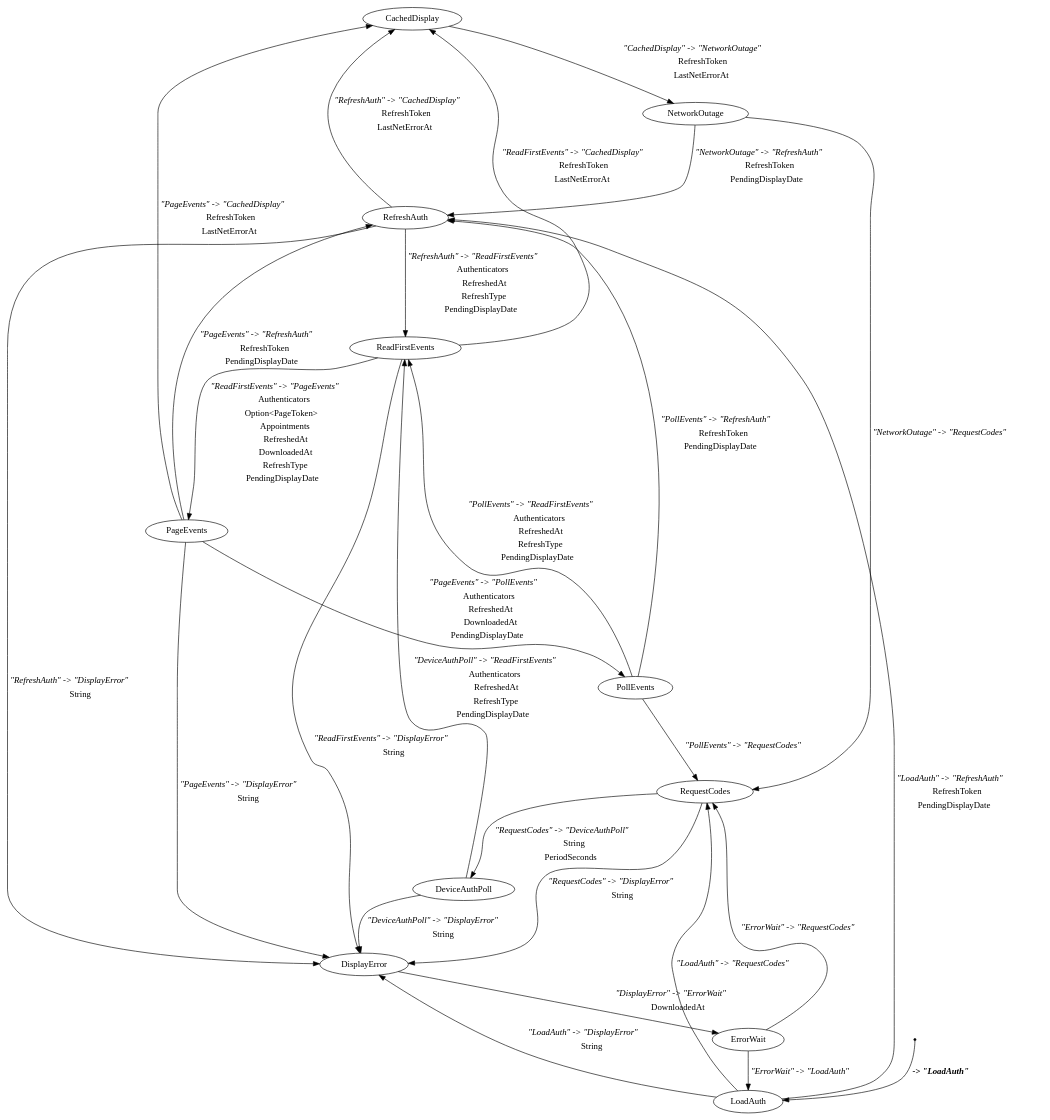
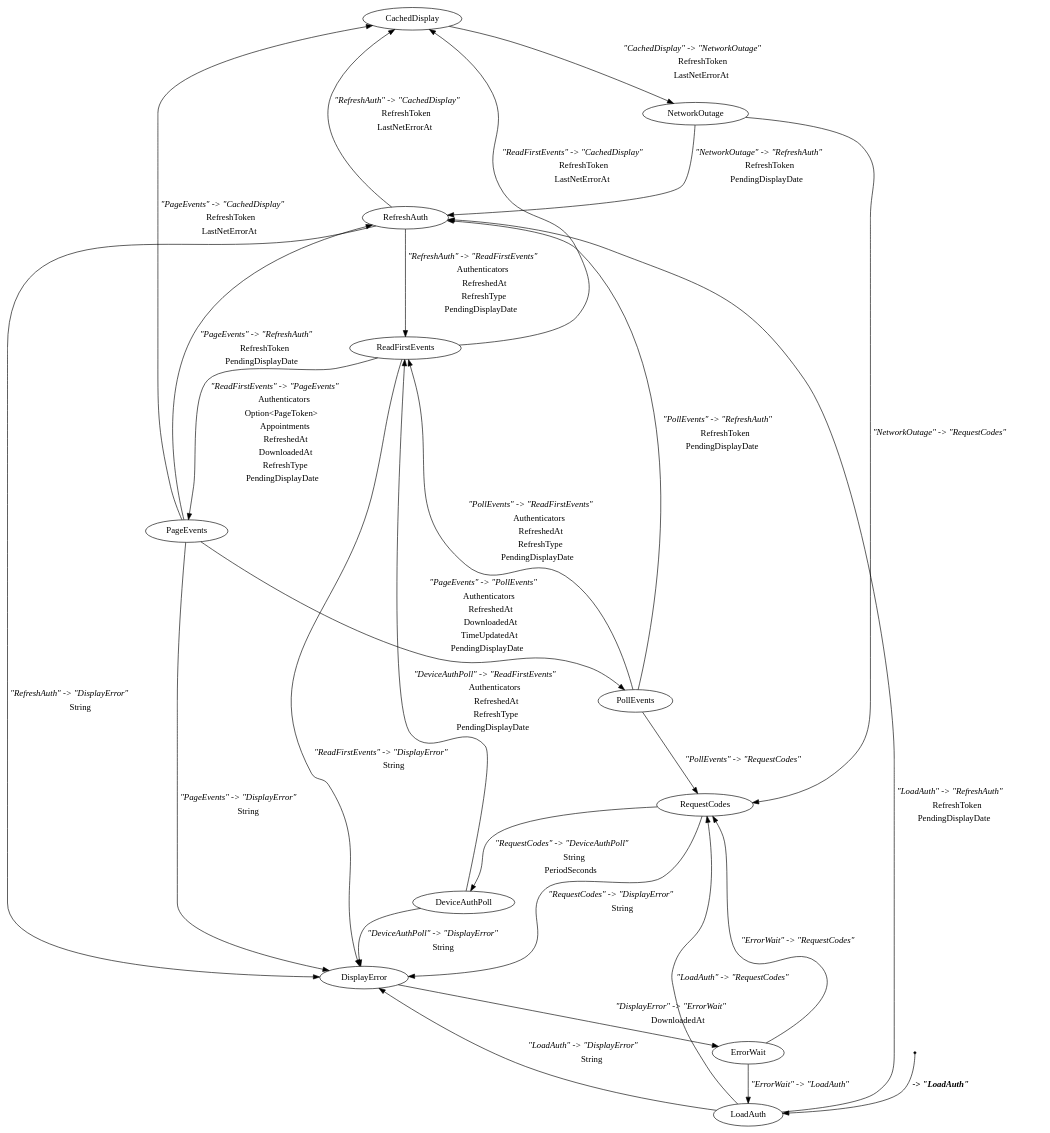
One commit to kieranjwhite/calendar_mirror changed the diagram in docs/cal_machine.dot. Above: the diagram before and after it, drawn with Graphviz. The commit also changed 3 other files, not shown here.

```diff
--- a/docs/cal_machine.dot
+++ b/docs/cal_machine.dot
@@ -1,41 +1,41 @@
 digraph cal_stm {
     CachedDisplay[label="CachedDisplay"][shape="ellipse"];
     DeviceAuthPoll[label="DeviceAuthPoll"][shape="ellipse"];
     DisplayError[label="DisplayError"][shape="ellipse"];
     ErrorWait[label="ErrorWait"][shape="ellipse"];
     LoadAuth[label="LoadAuth"][shape="ellipse"];
     NetworkOutage[label="NetworkOutage"][shape="ellipse"];
     PageEvents[label="PageEvents"][shape="ellipse"];
     PollEvents[label="PollEvents"][shape="ellipse"];
     ReadFirstEvents[label="ReadFirstEvents"][shape="ellipse"];
     RefreshAuth[label="RefreshAuth"][shape="ellipse"];
     RequestCodes[label="RequestCodes"][shape="ellipse"];
     _start[label="_start"][shape="point"];
     _start -> LoadAuth[label=<<TABLE BORDER="0"><TR><TD><B><I> -&gt; "LoadAuth"</I></B></TD></TR></TABLE>>];
     ErrorWait -> LoadAuth[label=<<TABLE BORDER="0"><TR><TD><I>"ErrorWait" -&gt; "LoadAuth"</I></TD></TR></TABLE>>];
     DisplayError -> ErrorWait[label=<<TABLE BORDER="0"><TR><TD><I>"DisplayError" -&gt; "ErrorWait"</I></TD></TR><TR><TD>DownloadedAt</TD></TR></TABLE>>];
     ErrorWait -> RequestCodes[label=<<TABLE BORDER="0"><TR><TD><I>"ErrorWait" -&gt; "RequestCodes"</I></TD></TR></TABLE>>];
     LoadAuth -> RequestCodes[label=<<TABLE BORDER="0"><TR><TD><I>"LoadAuth" -&gt; "RequestCodes"</I></TD></TR></TABLE>>];
     NetworkOutage -> RequestCodes[label=<<TABLE BORDER="0"><TR><TD><I>"NetworkOutage" -&gt; "RequestCodes"</I></TD></TR></TABLE>>];
     PollEvents -> RequestCodes[label=<<TABLE BORDER="0"><TR><TD><I>"PollEvents" -&gt; "RequestCodes"</I></TD></TR></TABLE>>];
     LoadAuth -> RefreshAuth[label=<<TABLE BORDER="0"><TR><TD><I>"LoadAuth" -&gt; "RefreshAuth"</I></TD></TR><TR><TD>RefreshToken</TD></TR><TR><TD>PendingDisplayDate</TD></TR></TABLE>>];
     NetworkOutage -> RefreshAuth[label=<<TABLE BORDER="0"><TR><TD><I>"NetworkOutage" -&gt; "RefreshAuth"</I></TD></TR><TR><TD>RefreshToken</TD></TR><TR><TD>PendingDisplayDate</TD></TR></TABLE>>];
     PageEvents -> RefreshAuth[label=<<TABLE BORDER="0"><TR><TD><I>"PageEvents" -&gt; "RefreshAuth"</I></TD></TR><TR><TD>RefreshToken</TD></TR><TR><TD>PendingDisplayDate</TD></TR></TABLE>>];
     PollEvents -> RefreshAuth[label=<<TABLE BORDER="0"><TR><TD><I>"PollEvents" -&gt; "RefreshAuth"</I></TD></TR><TR><TD>RefreshToken</TD></TR><TR><TD>PendingDisplayDate</TD></TR></TABLE>>];
     DeviceAuthPoll -> ReadFirstEvents[label=<<TABLE BORDER="0"><TR><TD><I>"DeviceAuthPoll" -&gt; "ReadFirstEvents"</I></TD></TR><TR><TD>Authenticators</TD></TR><TR><TD>RefreshedAt</TD></TR><TR><TD>RefreshType</TD></TR><TR><TD>PendingDisplayDate</TD></TR></TABLE>>];
     RefreshAuth -> ReadFirstEvents[label=<<TABLE BORDER="0"><TR><TD><I>"RefreshAuth" -&gt; "ReadFirstEvents"</I></TD></TR><TR><TD>Authenticators</TD></TR><TR><TD>RefreshedAt</TD></TR><TR><TD>RefreshType</TD></TR><TR><TD>PendingDisplayDate</TD></TR></TABLE>>];
     PollEvents -> ReadFirstEvents[label=<<TABLE BORDER="0"><TR><TD><I>"PollEvents" -&gt; "ReadFirstEvents"</I></TD></TR><TR><TD>Authenticators</TD></TR><TR><TD>RefreshedAt</TD></TR><TR><TD>RefreshType</TD></TR><TR><TD>PendingDisplayDate</TD></TR></TABLE>>];
     RequestCodes -> DeviceAuthPoll[label=<<TABLE BORDER="0"><TR><TD><I>"RequestCodes" -&gt; "DeviceAuthPoll"</I></TD></TR><TR><TD>String</TD></TR><TR><TD>PeriodSeconds</TD></TR></TABLE>>];
     LoadAuth -> DisplayError[label=<<TABLE BORDER="0"><TR><TD><I>"LoadAuth" -&gt; "DisplayError"</I></TD></TR><TR><TD>String</TD></TR></TABLE>>];
     PageEvents -> DisplayError[label=<<TABLE BORDER="0"><TR><TD><I>"PageEvents" -&gt; "DisplayError"</I></TD></TR><TR><TD>String</TD></TR></TABLE>>];
     DeviceAuthPoll -> DisplayError[label=<<TABLE BORDER="0"><TR><TD><I>"DeviceAuthPoll" -&gt; "DisplayError"</I></TD></TR><TR><TD>String</TD></TR></TABLE>>];
     ReadFirstEvents -> DisplayError[label=<<TABLE BORDER="0"><TR><TD><I>"ReadFirstEvents" -&gt; "DisplayError"</I></TD></TR><TR><TD>String</TD></TR></TABLE>>];
     RefreshAuth -> DisplayError[label=<<TABLE BORDER="0"><TR><TD><I>"RefreshAuth" -&gt; "DisplayError"</I></TD></TR><TR><TD>String</TD></TR></TABLE>>];
     RequestCodes -> DisplayError[label=<<TABLE BORDER="0"><TR><TD><I>"RequestCodes" -&gt; "DisplayError"</I></TD></TR><TR><TD>String</TD></TR></TABLE>>];
     ReadFirstEvents -> PageEvents[label=<<TABLE BORDER="0"><TR><TD><I>"ReadFirstEvents" -&gt; "PageEvents"</I></TD></TR><TR><TD>Authenticators</TD></TR><TR><TD>Option&lt;PageToken&gt;</TD></TR><TR><TD>Appointments</TD></TR><TR><TD>RefreshedAt</TD></TR><TR><TD>DownloadedAt</TD></TR><TR><TD>RefreshType</TD></TR><TR><TD>PendingDisplayDate</TD></TR></TABLE>>];
-    PageEvents -> PollEvents[label=<<TABLE BORDER="0"><TR><TD><I>"PageEvents" -&gt; "PollEvents"</I></TD></TR><TR><TD>Authenticators</TD></TR><TR><TD>RefreshedAt</TD></TR><TR><TD>DownloadedAt</TD></TR><TR><TD>PendingDisplayDate</TD></TR></TABLE>>];
+    PageEvents -> PollEvents[label=<<TABLE BORDER="0"><TR><TD><I>"PageEvents" -&gt; "PollEvents"</I></TD></TR><TR><TD>Authenticators</TD></TR><TR><TD>RefreshedAt</TD></TR><TR><TD>DownloadedAt</TD></TR><TR><TD>TimeUpdatedAt</TD></TR><TR><TD>PendingDisplayDate</TD></TR></TABLE>>];
     RefreshAuth -> CachedDisplay[label=<<TABLE BORDER="0"><TR><TD><I>"RefreshAuth" -&gt; "CachedDisplay"</I></TD></TR><TR><TD>RefreshToken</TD></TR><TR><TD>LastNetErrorAt</TD></TR></TABLE>>];
     ReadFirstEvents -> CachedDisplay[label=<<TABLE BORDER="0"><TR><TD><I>"ReadFirstEvents" -&gt; "CachedDisplay"</I></TD></TR><TR><TD>RefreshToken</TD></TR><TR><TD>LastNetErrorAt</TD></TR></TABLE>>];
     PageEvents -> CachedDisplay[label=<<TABLE BORDER="0"><TR><TD><I>"PageEvents" -&gt; "CachedDisplay"</I></TD></TR><TR><TD>RefreshToken</TD></TR><TR><TD>LastNetErrorAt</TD></TR></TABLE>>];
     CachedDisplay -> NetworkOutage[label=<<TABLE BORDER="0"><TR><TD><I>"CachedDisplay" -&gt; "NetworkOutage"</I></TD></TR><TR><TD>RefreshToken</TD></TR><TR><TD>LastNetErrorAt</TD></TR></TABLE>>];
 }
```
